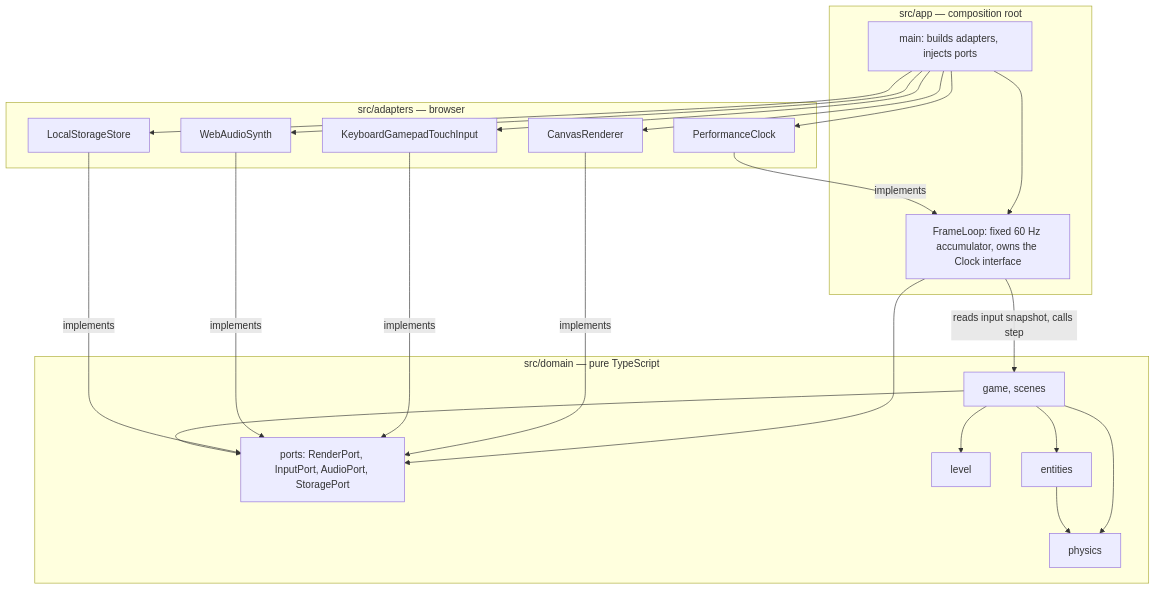
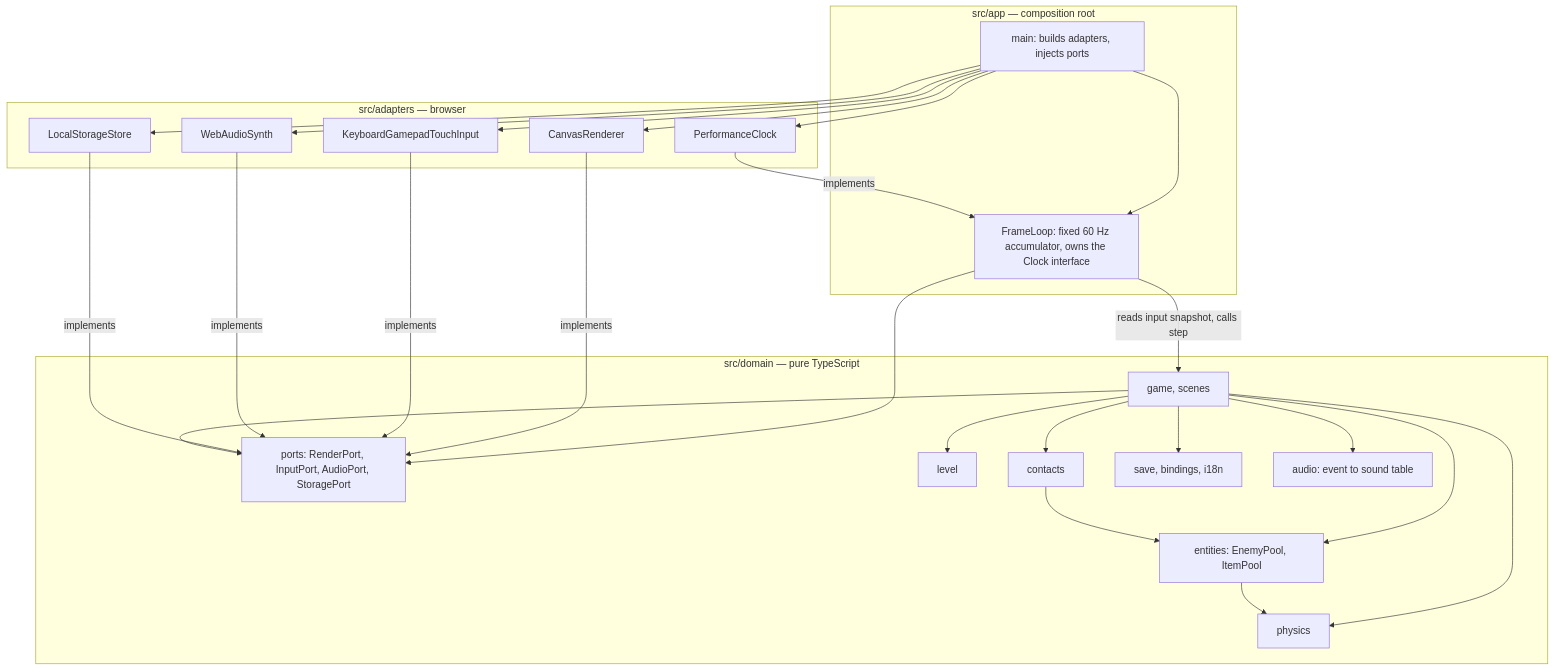
The diagram in docs/architecture/diagrams/system/03-component.md (benoit-bremaud/retro-plumber), drawn with Mermaid before and after one commit. The commit also changed other lines of this file and 10 other files, not shown here.

First line of the commit message:
docs(uml): structure — meta classes, tick data-flow, component and class fixes (#26)

````diff
--- a/docs/architecture/diagrams/system/03-component.md
+++ b/docs/architecture/diagrams/system/03-component.md
@@ -13,39 +13,46 @@
 ```mermaid
 flowchart TB
     subgraph App["src/app — composition root"]
         Main["main: builds adapters, injects ports"]
         Loop["FrameLoop: fixed 60 Hz accumulator, owns the Clock interface"]
     end
     subgraph Adapters["src/adapters — browser"]
         Canvas["CanvasRenderer"]
         Keys["KeyboardGamepadTouchInput"]
         Audio["WebAudioSynth"]
         Store["LocalStorageStore"]
         Clock["PerformanceClock"]
     end
     subgraph Domain["src/domain — pure TypeScript"]
         Ports["ports: RenderPort, InputPort, AudioPort, StoragePort"]
         Game["game, scenes"]
         Physics["physics"]
         Level["level"]
-        Entities["entities"]
+        Entities["entities: EnemyPool, ItemPool"]
+        Contacts["contacts"]
+        Meta["save, bindings, i18n"]
+        SoundTable["audio: event to sound table"]
     end
     Main --> Loop
     Main --> Canvas
     Main --> Keys
     Main --> Audio
     Main --> Store
     Main --> Clock
     Loop -->|"reads input snapshot, calls step"| Game
     Loop --> Ports
     Clock -->|"implements"| Loop
     Canvas -->|"implements"| Ports
     Keys -->|"implements"| Ports
     Audio -->|"implements"| Ports
     Store -->|"implements"| Ports
     Game --> Ports
     Game --> Physics
     Game --> Level
     Game --> Entities
     Entities --> Physics
+    Game --> Contacts
+    Contacts --> Entities
+    Game --> Meta
+    Game --> SoundTable
 ```
````
